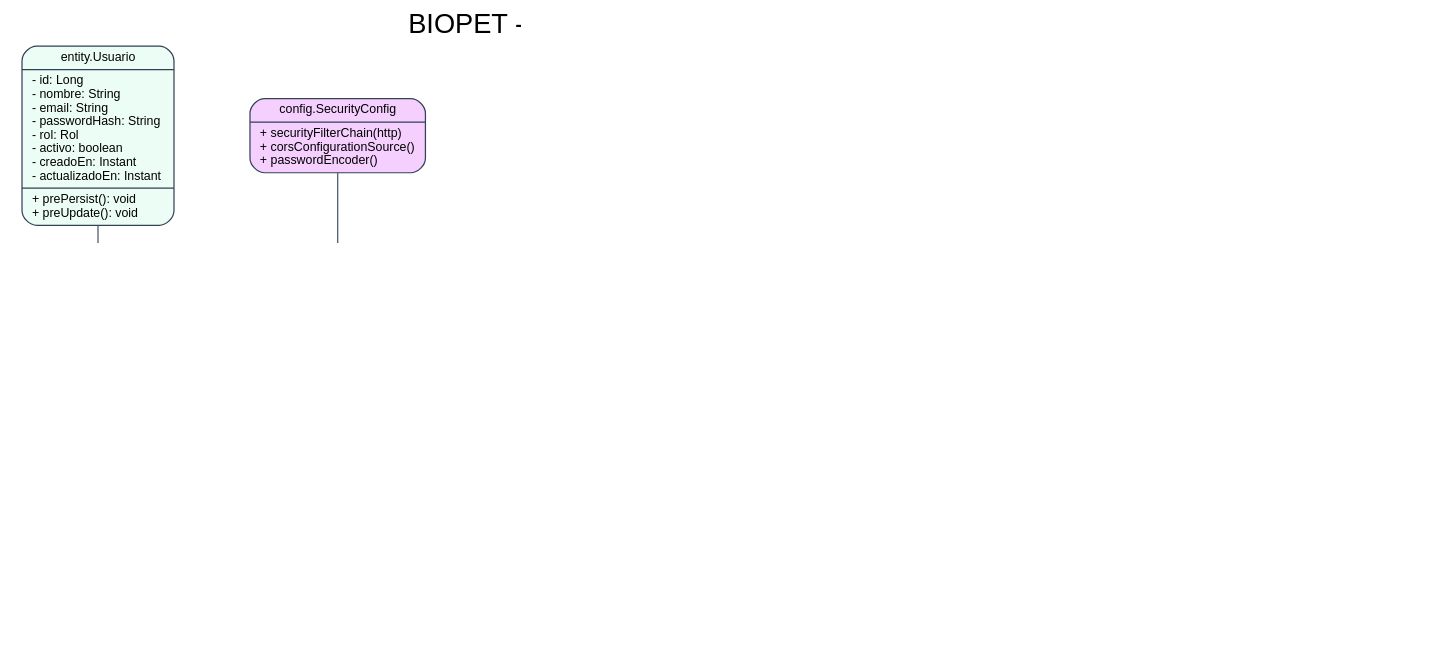
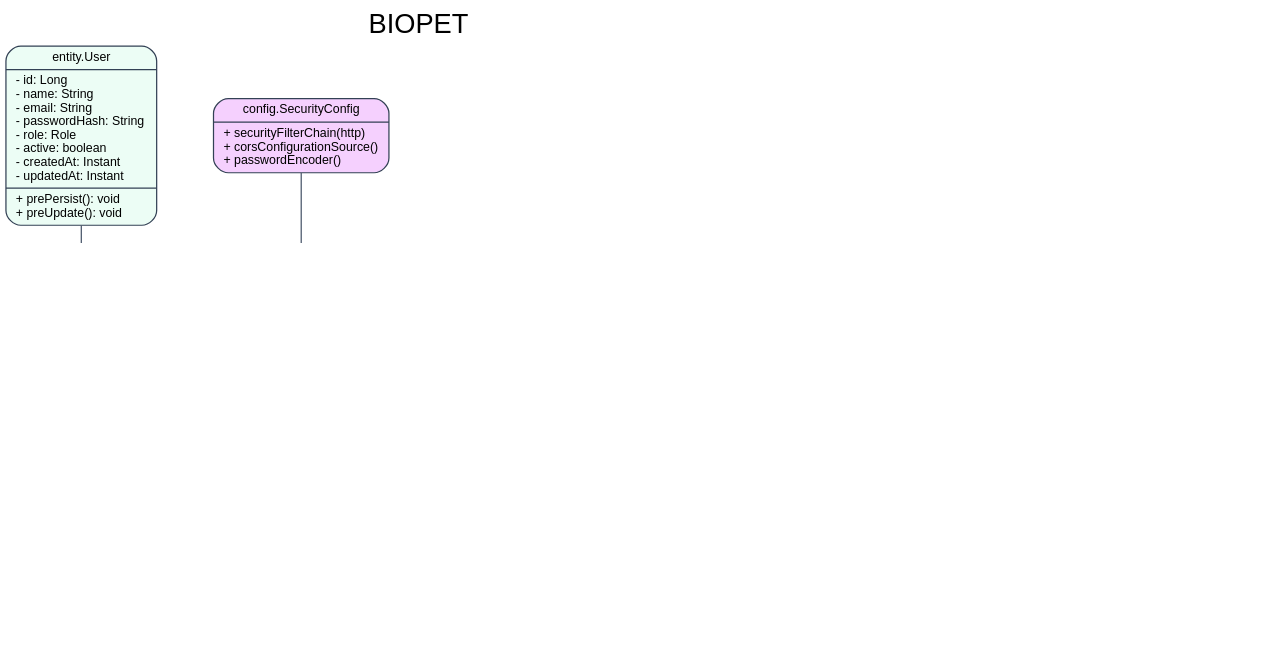
The diagram in docs/diagrams/diagrama-clases/diagrama-clases.dot (Grinjoww/ENTREGA-FINAL-BIOPET), drawn with Graphviz before and after one commit. The commit also changed 27 other files, not shown here.

```diff
--- a/docs/diagrams/diagrama-clases/diagrama-clases.dot
+++ b/docs/diagrams/diagrama-clases/diagrama-clases.dot
@@ -1,28 +1,30 @@
 digraph Classes {
-  graph [rankdir=TB, dpi=200, bgcolor="white", fontname="Arial", label="BIOPET - Diagrama de Clases Backend Spring Boot", labelloc=t, fontsize=22, nodesep=0.6, ranksep=0.7];
+  graph [rankdir=TB, dpi=200, bgcolor="white", fontname="Arial", label="BIOPET - Backend Spring Boot Class Diagram", labelloc=t, fontsize=22, nodesep=0.6, ranksep=0.7];
   node [shape=record, style="rounded,filled", fillcolor="#F8FAFC", color="#334155", fontname="Arial", fontsize=10];
   edge [fontname="Arial", fontsize=9, color="#475569"];
-  Usuario [label="{entity.Usuario| - id: Long\l - nombre: String\l - email: String\l - passwordHash: String\l - rol: Rol\l - activo: boolean\l - creadoEn: Instant\l - actualizadoEn: Instant\l| + prePersist(): void\l + preUpdate(): void\l}", fillcolor="#ECFDF5"];
-  Mascota [label="{entity.Mascota| - id: Long\l - duenio: Usuario\l - nombre: String\l - especie: String\l - raza: String\l - fechaNacimiento: LocalDate\l - activo: boolean\l| + prePersist(): void\l + preUpdate(): void\l}", fillcolor="#ECFDF5"];
-  UsuarioRepo [label="{repository.UsuarioRepository| + findByEmail(email): Optional&lt;Usuario&gt;\l + findByEmailAndActivoTrue(email): Optional&lt;Usuario&gt;\l + existsByEmail(email): boolean\l}", fillcolor="#FEF3C7"];
-  MascotaRepo [label="{repository.MascotaRepository| + findAllByActivoTrue(pageable): Page&lt;Mascota&gt;\l + findByIdAndActivoTrue(id): Optional&lt;Mascota&gt;\l}", fillcolor="#FEF3C7"];
-  AuthService [label="{service.AuthService| - usuarioRepository\l - passwordEncoder\l - authenticationManager\l - jwtService\l - blacklistService\l| + registrar(request): UsuarioResponse\l + login(request): AuthResponse\l + refresh(request): AuthResponse\l + logout(token): void\l + perfil(email): UsuarioResponse\l}", fillcolor="#DBEAFE"];
-  MascotaService [label="{service.MascotaService| - mascotaRepository\l - usuarioRepository\l| + listar(pageable): Page&lt;MascotaResponse&gt;\l + buscar(id): MascotaResponse\l + crear(request): MascotaResponse\l + actualizar(id, request): MascotaResponse\l + eliminar(id): void\l}", fillcolor="#DBEAFE"];
-  JwtService [label="{security.JwtService| - key: SecretKey\l - expirationMs: long\l| + generateAccessToken(usuario): String\l + generateRefreshToken(usuario): String\l + extractClaims(token): Claims\l + extractJti(token): String\l}", fillcolor="#FEE2E2"];
+  // NOTE: box labels use conceptual English names. Physical identifiers keep
+  // their implemented form (see Backend/src/main/java and Flyway migrations).
+  User [label="{entity.User| - id: Long\l - name: String\l - email: String\l - passwordHash: String\l - role: Role\l - active: boolean\l - createdAt: Instant\l - updatedAt: Instant\l| + prePersist(): void\l + preUpdate(): void\l}", fillcolor="#ECFDF5"];
+  Pet [label="{entity.Pet| - id: Long\l - owner: User\l - name: String\l - species: String\l - breed: String\l - birthDate: LocalDate\l - active: boolean\l| + prePersist(): void\l + preUpdate(): void\l}", fillcolor="#ECFDF5"];
+  UserRepo [label="{repository.UserRepository| + findByEmail(email): Optional&lt;User&gt;\l + findByEmailAndActive(email): Optional&lt;User&gt;\l + existsByEmail(email): boolean\l}", fillcolor="#FEF3C7"];
+  PetRepo [label="{repository.PetRepository| + findAllActive(pageable): Page&lt;Pet&gt;\l + findByIdAndActive(id): Optional&lt;Pet&gt;\l}", fillcolor="#FEF3C7"];
+  AuthService [label="{service.AuthService| - userRepository\l - passwordEncoder\l - authenticationManager\l - jwtService\l - blacklistService\l| + register(request): UserResponse\l + login(request): AuthResponse\l + refresh(request): AuthResponse\l + logout(tokens): void\l + profile(email): UserResponse\l}", fillcolor="#DBEAFE"];
+  PetService [label="{service.PetService| - petRepository\l - userRepository\l| + listAll(pageable): Page&lt;PetResponse&gt;\l + findById(id): PetResponse\l + create(request): PetResponse\l + update(id, request): PetResponse\l + delete(id): void\l}", fillcolor="#DBEAFE"];
+  JwtService [label="{security.JwtService| - key: SecretKey\l - expirationMs: long\l| + generateAccessToken(user): String\l + generateRefreshToken(user): String\l + extractClaims(token): Claims\l + extractJti(token): String\l}", fillcolor="#FEE2E2"];
   JwtFilter [label="{security.JwtAuthenticationFilter| - jwtService\l - blacklistService\l - userDetailsService\l| + doFilterInternal(...): void\l}", fillcolor="#FEE2E2"];
   Blacklist [label="{security.TokenBlacklistService| - redisTemplate\l| + revoke(jti, expiresAt): void\l + isRevoked(jti): boolean\l}", fillcolor="#FEE2E2"];
-  AuthController [label="{controller.AuthController| + registro(request)\l + login(request)\l + refresh(request)\l + logout(authHeader)\l}", fillcolor="#E0E7FF"];
-  MascotaController [label="{controller.MascotaController| + listar(pageable)\l + buscar(id)\l + crear(request)\l + actualizar(id, request)\l + eliminar(id)\l}", fillcolor="#E0E7FF"];
+  AuthController [label="{controller.AuthController| + register(request)\l + login(request)\l + refresh(request)\l + logout(request)\l}", fillcolor="#E0E7FF"];
+  PetController [label="{controller.PetController| + listAll(pageable)\l + findById(id)\l + create(request)\l + update(id, request)\l + delete(id)\l}", fillcolor="#E0E7FF"];
   SecurityConfig [label="{config.SecurityConfig| + securityFilterChain(http)\l + corsConfigurationSource()\l + passwordEncoder()\l}", fillcolor="#F5D0FE"];
-  Usuario -> Mascota [label="1 dueño / 0..* mascotas"];
+  User -> Pet [label="1 owner / 0..* pets"];
   AuthController -> AuthService;
-  MascotaController -> MascotaService;
-  AuthService -> UsuarioRepo;
+  PetController -> PetService;
+  AuthService -> UserRepo;
   AuthService -> JwtService;
   AuthService -> Blacklist;
-  MascotaService -> MascotaRepo;
-  MascotaService -> UsuarioRepo;
+  PetService -> PetRepo;
+  PetService -> UserRepo;
   JwtFilter -> JwtService;
   JwtFilter -> Blacklist;
   SecurityConfig -> JwtFilter;
 }
```
